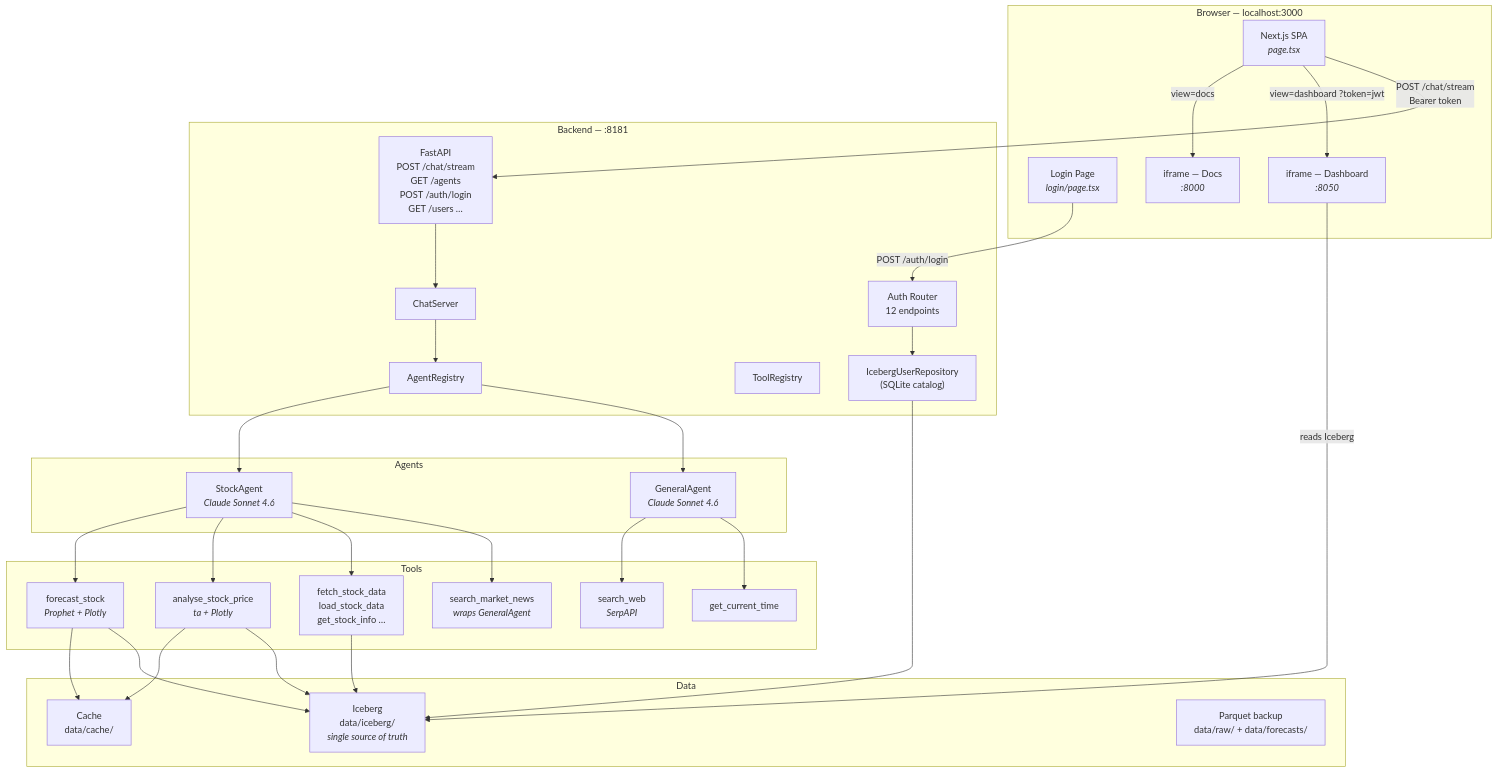
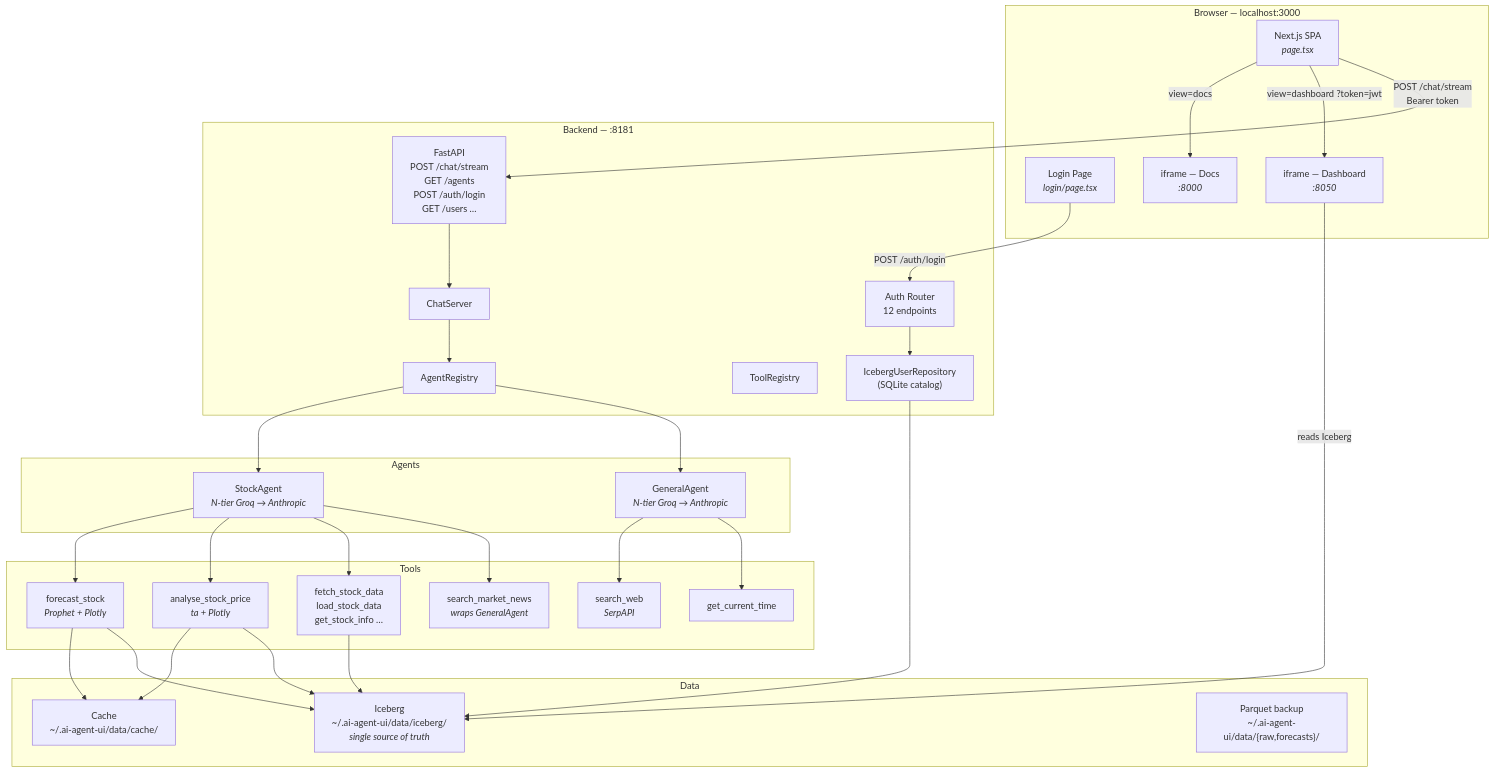
One commit to asequitytrading-design/ai-agent-ui changed the first of 4 diagrams in README.md. Above: the diagram before and after it, drawn with Mermaid. The commit also changed other lines of this file and 270 other files, not shown here.

````diff
--- a/README.md
+++ b/README.md
@@ -60,52 +68,52 @@
 ```mermaid
 graph TD
     subgraph Browser["Browser — localhost:3000"]
         UI["Next.js SPA<br/><i>page.tsx</i>"]
         Login["Login Page<br/><i>login/page.tsx</i>"]
         IF_DASH["iframe — Dashboard<br/><i>:8050</i>"]
         IF_DOCS["iframe — Docs<br/><i>:8000</i>"]
     end
 
     subgraph Backend["Backend — :8181"]
         API["FastAPI<br/>POST /chat/stream<br/>GET /agents<br/>POST /auth/login<br/>GET /users …"]
         CS["ChatServer"]
         AR["AgentRegistry"]
         TR["ToolRegistry"]
         AUTH["Auth Router<br/>12 endpoints"]
         ICE["IcebergUserRepository<br/>(SQLite catalog)"]
     end
 
     subgraph Agents["Agents"]
-        GA["GeneralAgent<br/><i>Claude Sonnet 4.6</i>"]
-        SA["StockAgent<br/><i>Claude Sonnet 4.6</i>"]
+        GA["GeneralAgent<br/><i>N-tier Groq → Anthropic</i>"]
+        SA["StockAgent<br/><i>N-tier Groq → Anthropic</i>"]
     end
 
     subgraph Tools["Tools"]
         T1["get_current_time"]
         T2["search_web<br/><i>SerpAPI</i>"]
         T3["search_market_news<br/><i>wraps GeneralAgent</i>"]
         T4["fetch_stock_data<br/>load_stock_data<br/>get_stock_info …"]
         T5["analyse_stock_price<br/><i>ta + Plotly</i>"]
         T6["forecast_stock<br/><i>Prophet + Plotly</i>"]
     end
 
     subgraph Data["Data"]
-        IC["Iceberg<br/>data/iceberg/<br/><i>single source of truth</i>"]
-        C["Cache<br/>data/cache/"]
-        P["Parquet backup<br/>data/raw/ + data/forecasts/"]
+        IC["Iceberg<br/>~/.ai-agent-ui/data/iceberg/<br/><i>single source of truth</i>"]
+        C["Cache<br/>~/.ai-agent-ui/data/cache/"]
+        P["Parquet backup<br/>~/.ai-agent-ui/data/{raw,forecasts}/"]
     end
 
     Login -->|"POST /auth/login"| AUTH
     AUTH --> ICE --> IC
     UI -->|"POST /chat/stream<br/>Bearer token"| API
     API --> CS --> AR
     AR --> GA & SA
     GA --> T1 & T2
     SA --> T3 & T4 & T5 & T6
     T4 --> IC
     T5 --> IC & C
     T6 --> IC & C
     IF_DASH -->|"reads Iceberg"| IC
     UI -->|"view=dashboard ?token=jwt"| IF_DASH
     UI -->|"view=docs"| IF_DOCS
 ```
````
